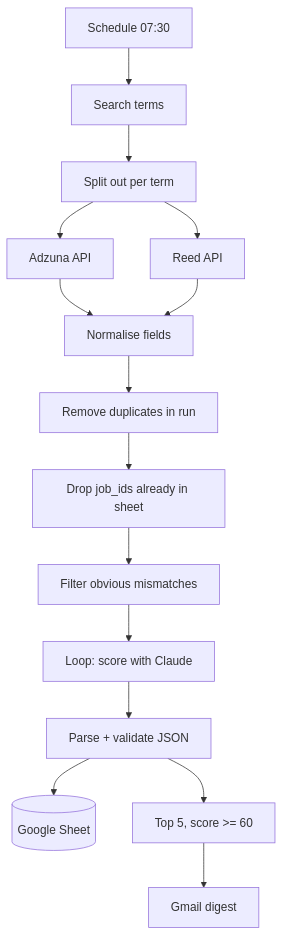
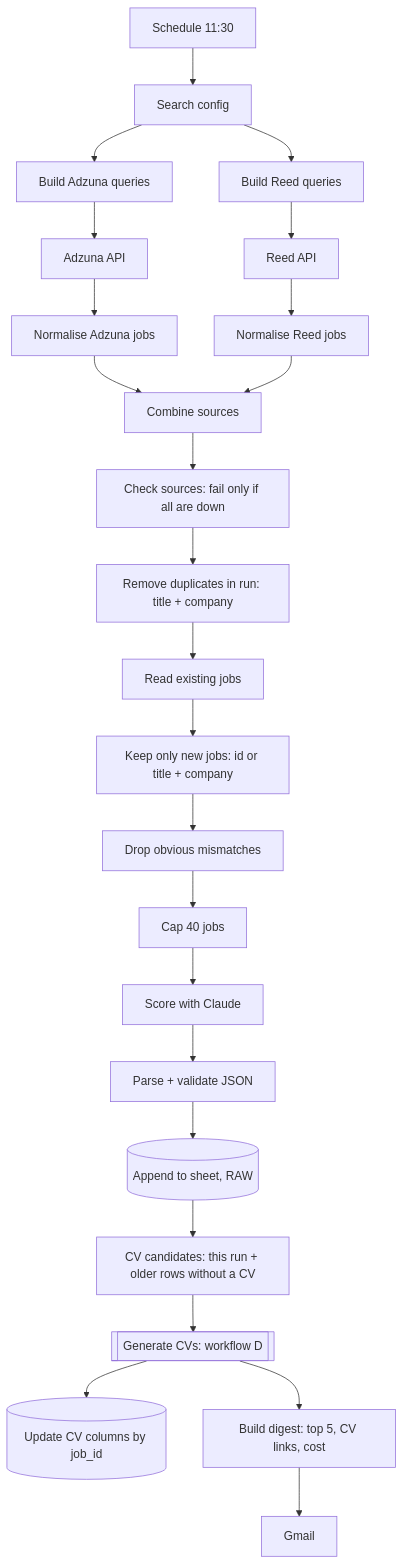
The second of 5 diagrams in docs/architecture.md (WilliamHepton/ai-job-search-assistant), drawn with Mermaid before and after one commit. The commit also changed other lines of this file and 10 other files, not shown here.

First line of the commit message:
Add tailored CVs for jobs scoring 50+ and widen the job search

````diff
--- a/docs/architecture.md
+++ b/docs/architecture.md
@@ -7,13 +17,16 @@
 ```mermaid
 flowchart TD
-    S[Schedule 07:30] --> T[Search terms] --> SO[Split out per term]
-    SO --> AZ[Adzuna API] & RD[Reed API]
-    AZ & RD --> N[Normalise fields]
-    N --> D1[Remove duplicates in run]
-    D1 --> D2[Drop job_ids already in sheet]
-    D2 --> F[Filter obvious mismatches]
-    F --> L[Loop: score with Claude]
-    L --> P[Parse + validate JSON]
-    P --> GS[(Google Sheet)]
-    P --> TOP[Top 5, score >= 60] --> GM[Gmail digest]
+    S[Schedule 11:30] --> CFG[Search config]
+    CFG --> AQ[Build Adzuna queries] --> AZ[Adzuna API] --> AN[Normalise Adzuna jobs]
+    CFG --> RQ[Build Reed queries] --> RD[Reed API] --> RN[Normalise Reed jobs]
+    AN & RN --> M[Combine sources] --> CS[Check sources: fail only if all are down]
+    CS --> D1[Remove duplicates in run: title + company]
+    D1 --> RE[Read existing jobs] --> D2[Keep only new jobs: id or title + company]
+    D2 --> F[Drop obvious mismatches] --> CAP[Cap 40 jobs]
+    CAP --> SC[Score with Claude] --> P[Parse + validate JSON]
+    P --> GS[(Append to sheet, RAW)]
+    GS --> CC[CV candidates: this run + older rows without a CV]
+    CC --> GEN[[Generate CVs: workflow D]]
+    GEN --> UP[(Update CV columns by job_id)]
+    GEN --> DG[Build digest: top 5, CV links, cost] --> GM[Gmail]
 ```
````
